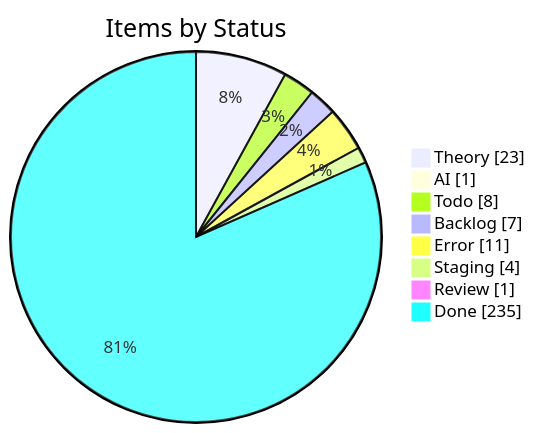
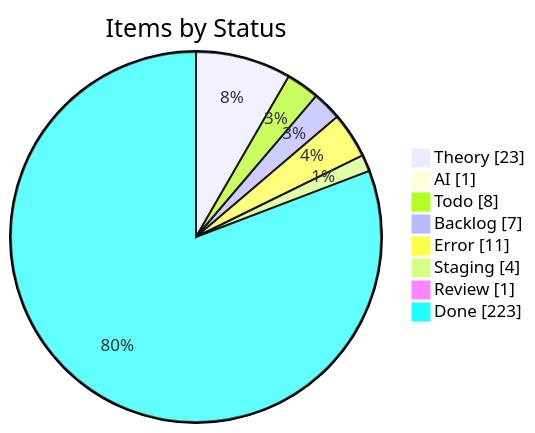
The first of 4 diagrams in apps/kbve/astro-kbve/src/content/docs/dashboard/kanban-data.mdx (KBVE/kbve), drawn with Mermaid before and after one commit. The commit also changed other lines of this file and 7 other files, not shown here.

````diff
--- a/apps/kbve/astro-kbve/src/content/docs/dashboard/kanban-data.mdx
+++ b/apps/kbve/astro-kbve/src/content/docs/dashboard/kanban-data.mdx
@@ -55,12 +55,12 @@
 ```mermaid
 pie showData
     title Items by Status
     "Theory" : 23
     "AI" : 1
     "Todo" : 8
     "Backlog" : 7
     "Error" : 11
     "Staging" : 4
     "Review" : 1
-    "Done" : 235
+    "Done" : 223
 ```
````
